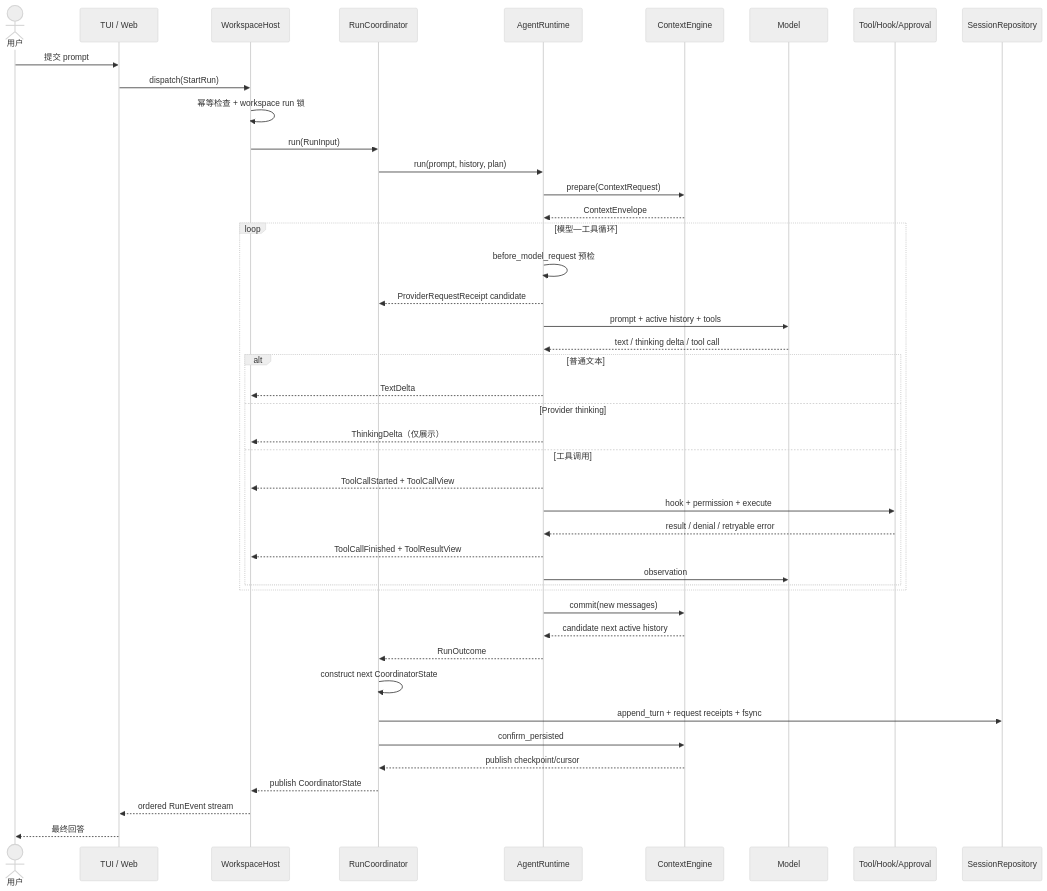
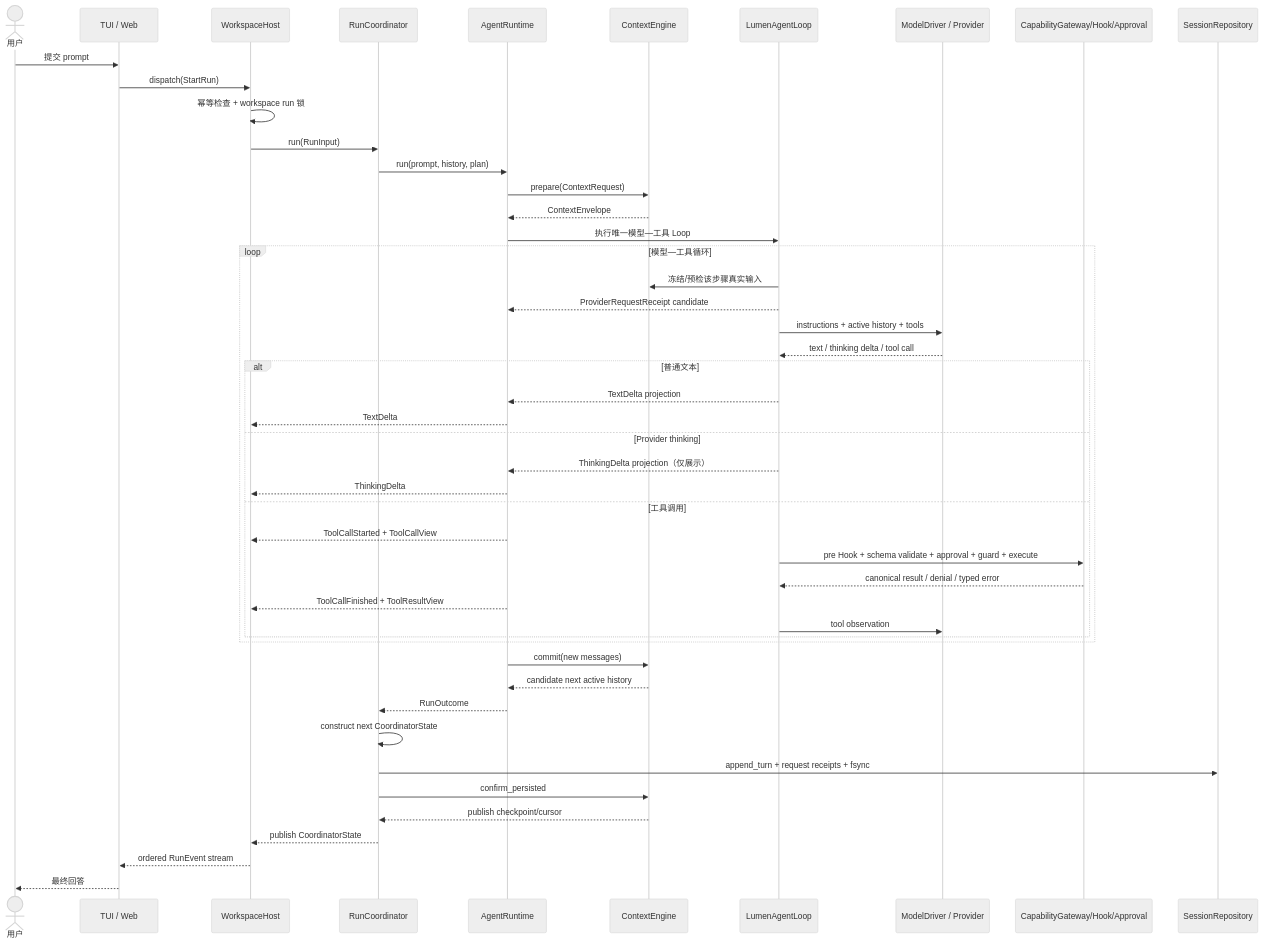
One commit to JasonYZzz/lumen changed the first of 2 diagrams in docs/architecture-guide/02-agent-runtime-flow.md. Above: the diagram before and after it, drawn with Mermaid (neutral theme). The commit also changed other lines of this file and 279 other files, not shown here.

````diff
--- a/docs/architecture-guide/02-agent-runtime-flow.md
+++ b/docs/architecture-guide/02-agent-runtime-flow.md
@@ -5,49 +5,53 @@
 ```mermaid
 sequenceDiagram
     actor U as 用户
     participant C as TUI / Web
     participant H as WorkspaceHost
     participant R as RunCoordinator
     participant A as AgentRuntime
     participant X as ContextEngine
-    participant M as Model
-    participant T as Tool/Hook/Approval
+    participant L as LumenAgentLoop
+    participant M as ModelDriver / Provider
+    participant T as CapabilityGateway/Hook/Approval
     participant S as SessionRepository
 
     U->>C: 提交 prompt
     C->>H: dispatch(StartRun)
     H->>H: 幂等检查 + workspace run 锁
     H->>R: run(RunInput)
     R->>A: run(prompt, history, plan)
     A->>X: prepare(ContextRequest)
     X-->>A: ContextEnvelope
 
+    A->>L: 执行唯一模型—工具 Loop
     loop 模型—工具循环
-        A->>A: before_model_request 预检
-        A-->>R: ProviderRequestReceipt candidate
-        A->>M: prompt + active history + tools
-        M-->>A: text / thinking delta / tool call
+        L->>X: 冻结/预检该步骤真实输入
+        L-->>A: ProviderRequestReceipt candidate
+        L->>M: instructions + active history + tools
+        M-->>L: text / thinking delta / tool call
         alt 普通文本
+            L-->>A: TextDelta projection
             A-->>H: TextDelta
         else Provider thinking
-            A-->>H: ThinkingDelta（仅展示）
+            L-->>A: ThinkingDelta projection（仅展示）
+            A-->>H: ThinkingDelta
         else 工具调用
             A-->>H: ToolCallStarted + ToolCallView
-            A->>T: hook + permission + execute
-            T-->>A: result / denial / retryable error
+            L->>T: pre Hook + schema validate + approval + guard + execute
+            T-->>L: canonical result / denial / typed error
             A-->>H: ToolCallFinished + ToolResultView
-            A->>M: observation
+            L->>M: tool observation
         end
     end
 
     A->>X: commit(new messages)
     X-->>A: candidate next active history
     A-->>R: RunOutcome
     R->>R: construct next CoordinatorState
     R->>S: append_turn + request receipts + fsync
     R->>X: confirm_persisted
     X-->>R: publish checkpoint/cursor
     R-->>H: publish CoordinatorState
     H-->>C: ordered RunEvent stream
     C-->>U: 最终回答
 ```
````
